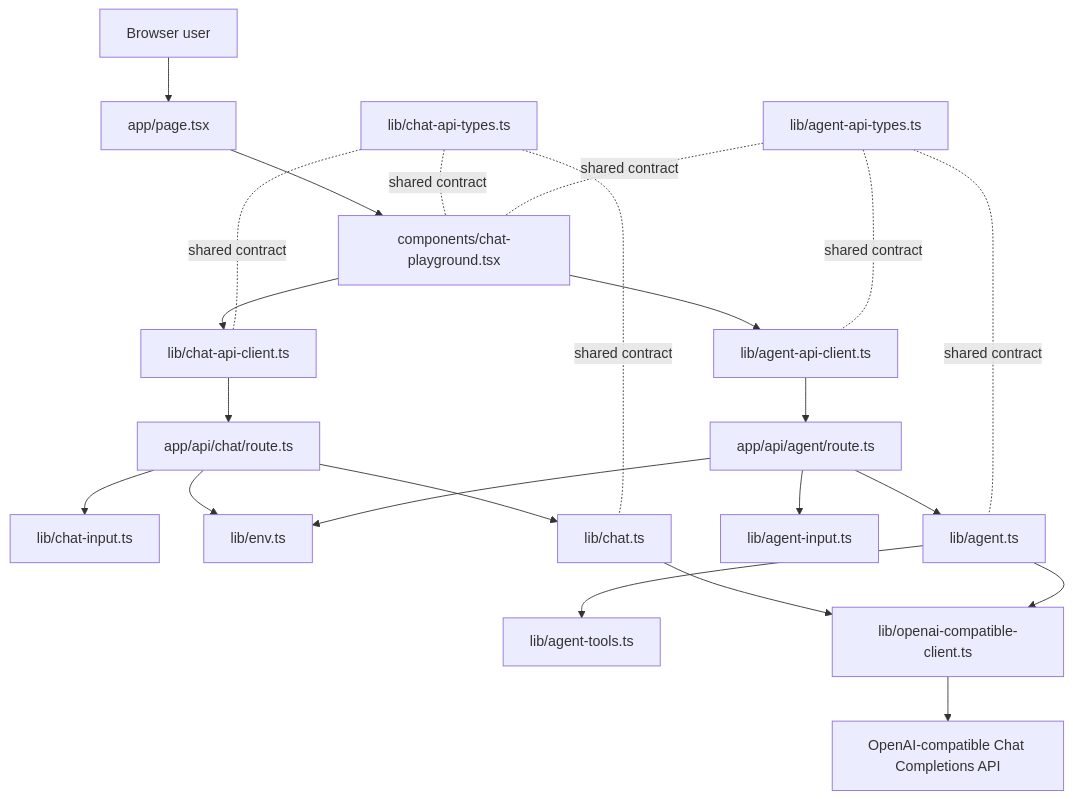
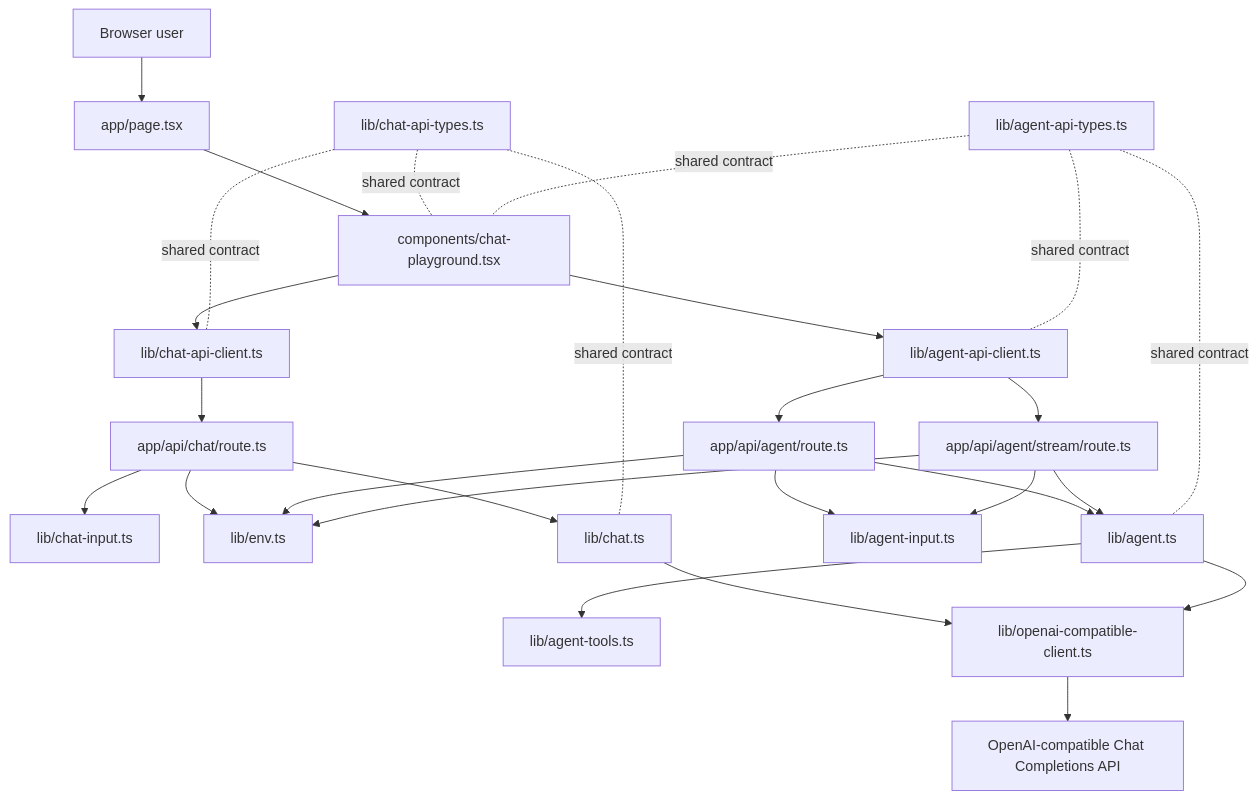
One commit to Liang-HZ/inspectable-agent-harness changed the first of 2 diagrams in docs/architecture.md. Above: the diagram before and after it, drawn with Mermaid. The commit also changed other lines of this file and 6 other files, not shown here.

Commit message:
Stream agent progress and answer

````diff
--- a/docs/architecture.md
+++ b/docs/architecture.md
@@ -21,29 +21,33 @@
 ```mermaid
 flowchart TD
   User[Browser user] --> Page[app/page.tsx]
   Page --> Playground[components/chat-playground.tsx]
   Playground --> BrowserClient[lib/chat-api-client.ts]
   Playground --> AgentBrowserClient[lib/agent-api-client.ts]
   BrowserClient --> ChatRoute[app/api/chat/route.ts]
   AgentBrowserClient --> AgentRoute[app/api/agent/route.ts]
+  AgentBrowserClient --> AgentStreamRoute[app/api/agent/stream/route.ts]
 
   ChatRoute --> ChatInput[lib/chat-input.ts]
   ChatRoute --> Env[lib/env.ts]
   ChatRoute --> ChatService[lib/chat.ts]
 
   AgentRoute --> AgentInput[lib/agent-input.ts]
+  AgentStreamRoute --> AgentInput
   AgentRoute --> Env
+  AgentStreamRoute --> Env
   AgentRoute --> AgentService[lib/agent.ts]
+  AgentStreamRoute --> AgentService
   AgentService --> AgentTools[lib/agent-tools.ts]
 
   ChatService --> OpenAIClient[lib/openai-compatible-client.ts]
   AgentService --> OpenAIClient
   OpenAIClient --> Provider[OpenAI-compatible Chat Completions API]
 
   SharedTypes[lib/chat-api-types.ts] -. shared contract .- Playground
   SharedTypes -. shared contract .- BrowserClient
   SharedTypes -. shared contract .- ChatService
   AgentTypes[lib/agent-api-types.ts] -. shared contract .- Playground
   AgentTypes -. shared contract .- AgentBrowserClient
   AgentTypes -. shared contract .- AgentService
 ```
````
